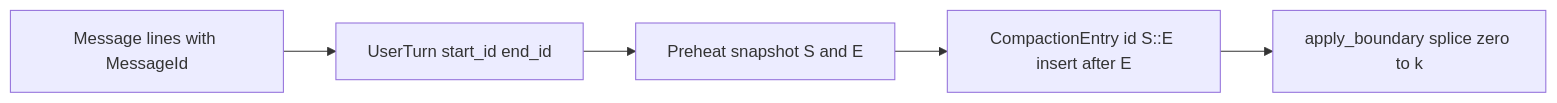
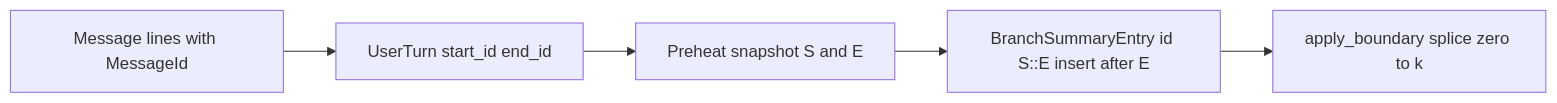
The diagram in pi-rust-wasm/openspec/specs/architecture/context-management.md (teisun/tomcat-agent), drawn with Mermaid before and after one commit. The commit also changed other lines of this file and 27 other files, not shown here.

First line of the commit message:
refactor(session): transcript 压缩行改用 branch_summary

````diff
--- a/pi-rust-wasm/openspec/specs/architecture/context-management.md
+++ b/pi-rust-wasm/openspec/specs/architecture/context-management.md
@@ -826,12 +826,12 @@
 ```mermaid
 flowchart LR
   msgUser["Message lines with MessageId"]
   userTurn["UserTurn start_id end_id"]
   preheat["Preheat snapshot S and E"]
-  pending["CompactionEntry id S::E insert after E"]
+  pending["BranchSummaryEntry id S::E insert after E"]
   apply["apply_boundary splice zero to k"]
   msgUser --> userTurn
   userTurn --> preheat
   preheat --> pending
   pending --> apply
 ```
````
